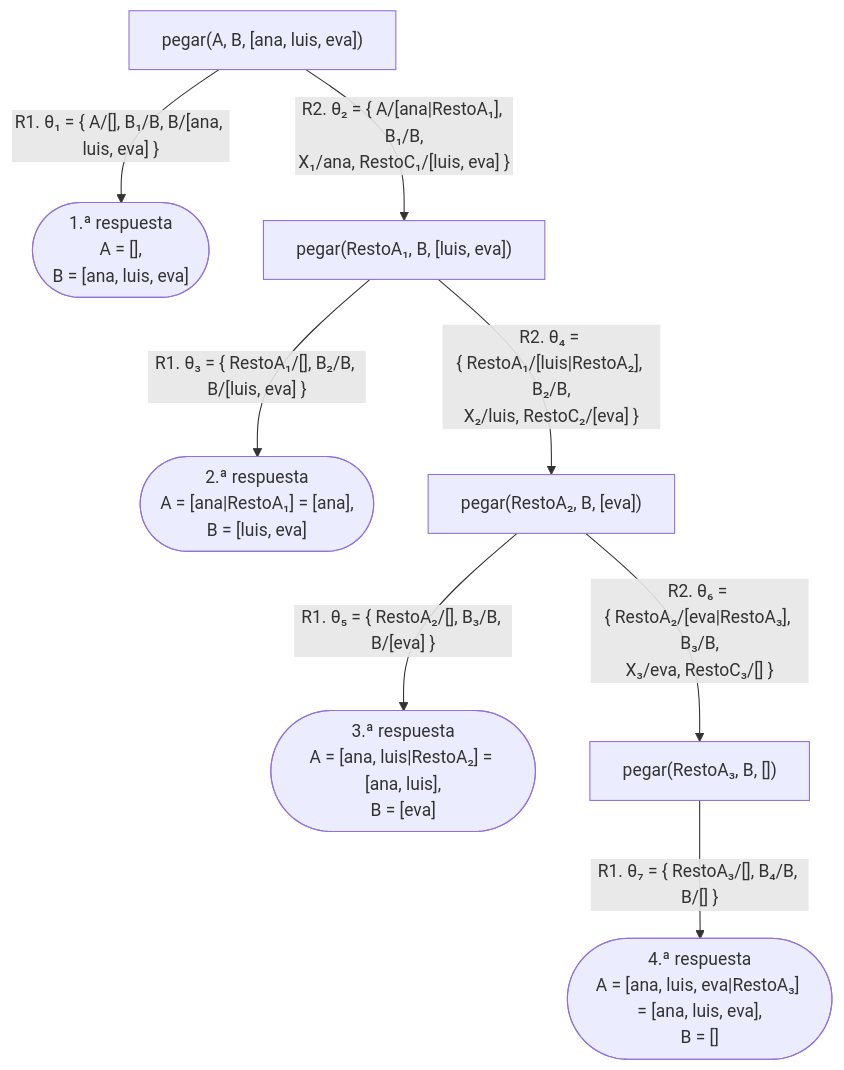
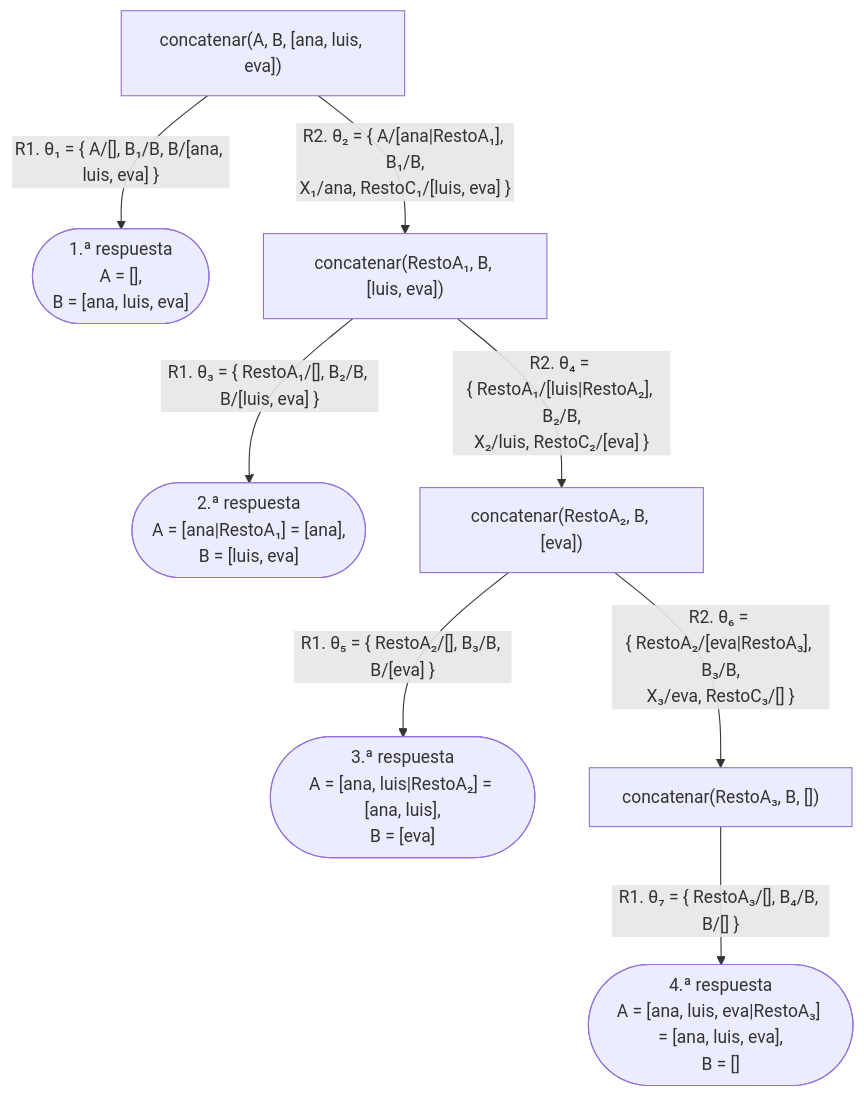
The eighth of 10 diagrams in docs/capitulo-07-listas/index.md (CesarBallardini/curso-de-prolog), drawn with Mermaid before and after one commit. The commit also changed other lines of this file and 3274 other files, not shown here.

````diff
--- a/docs/capitulo-07-listas/index.md
+++ b/docs/capitulo-07-listas/index.md
@@ -470,10 +470,10 @@
 ```mermaid
 flowchart TD
-    A["pegar(A, B, [ana, luis, eva])"] -- "R1. θ₁ = {&nbsp;A/[], B₁/B, B/[ana, luis, eva]&nbsp;}" --> S1(["1.ª respuesta<br/>A = [],<br/>B = [ana, luis, eva]"])
-    A -- "R2. θ₂ = {&nbsp;A/[ana|RestoA₁], B₁/B,<br/>X₁/ana, RestoC₁/[luis, eva]&nbsp;}" --> B["pegar(RestoA₁, B, [luis, eva])"]
+    A["concatenar(A, B, [ana, luis, eva])"] -- "R1. θ₁ = {&nbsp;A/[], B₁/B, B/[ana, luis, eva]&nbsp;}" --> S1(["1.ª respuesta<br/>A = [],<br/>B = [ana, luis, eva]"])
+    A -- "R2. θ₂ = {&nbsp;A/[ana|RestoA₁], B₁/B,<br/>X₁/ana, RestoC₁/[luis, eva]&nbsp;}" --> B["concatenar(RestoA₁, B, [luis, eva])"]
     B -- "R1. θ₃ = {&nbsp;RestoA₁/[], B₂/B, B/[luis, eva]&nbsp;}" --> S2(["2.ª respuesta<br/>A = [ana|RestoA₁] = [ana],<br/>B = [luis, eva]"])
-    B -- "R2. θ₄ = {&nbsp;RestoA₁/[luis|RestoA₂], B₂/B,<br/>X₂/luis, RestoC₂/[eva]&nbsp;}" --> C["pegar(RestoA₂, B, [eva])"]
+    B -- "R2. θ₄ = {&nbsp;RestoA₁/[luis|RestoA₂], B₂/B,<br/>X₂/luis, RestoC₂/[eva]&nbsp;}" --> C["concatenar(RestoA₂, B, [eva])"]
     C -- "R1. θ₅ = {&nbsp;RestoA₂/[], B₃/B, B/[eva]&nbsp;}" --> S3(["3.ª respuesta<br/>A = [ana, luis|RestoA₂] = [ana, luis],<br/>B = [eva]"])
-    C -- "R2. θ₆ = {&nbsp;RestoA₂/[eva|RestoA₃], B₃/B,<br/>X₃/eva, RestoC₃/[]&nbsp;}" --> D["pegar(RestoA₃, B, [])"]
+    C -- "R2. θ₆ = {&nbsp;RestoA₂/[eva|RestoA₃], B₃/B,<br/>X₃/eva, RestoC₃/[]&nbsp;}" --> D["concatenar(RestoA₃, B, [])"]
     D -- "R1. θ₇ = {&nbsp;RestoA₃/[], B₄/B, B/[]&nbsp;}" --> S4(["4.ª respuesta<br/>A = [ana, luis, eva|RestoA₃] = [ana, luis, eva],<br/>B = []"])
 ```
````
